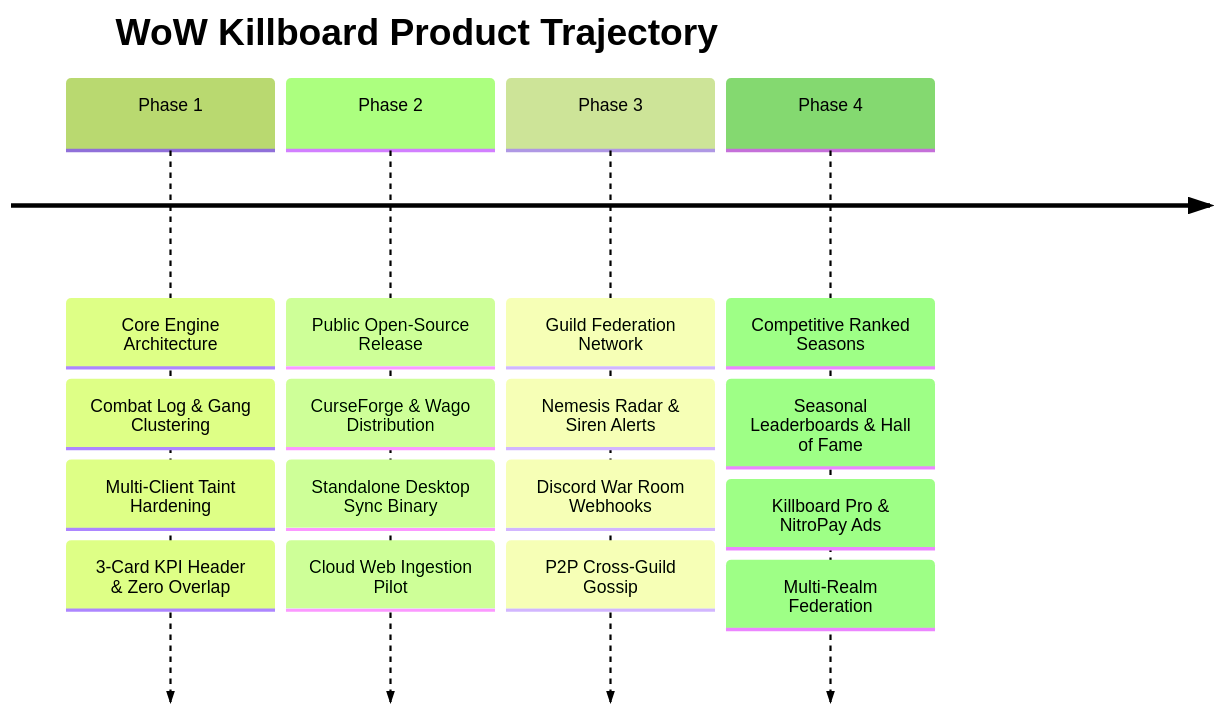
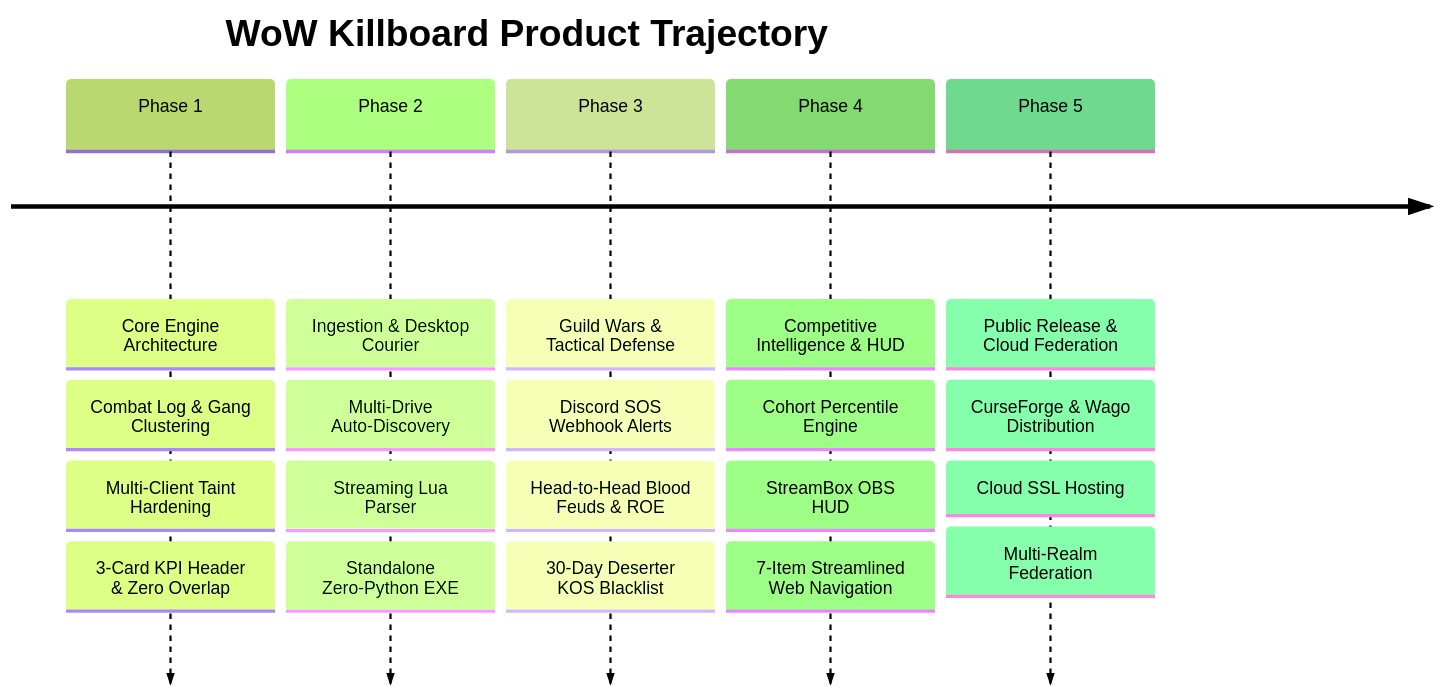
One commit to dagariane-commits/WoW_Killboard changed the diagram in docs/ROADMAP.md. Above: the diagram before and after it, drawn with Mermaid (forest theme). The commit also changed other lines of this file and 3 other files, not shown here.

Commit message:
docs: update system architecture, strategic roadmap, and wiki logs for v1.4.9

````diff
--- a/docs/ROADMAP.md
+++ b/docs/ROADMAP.md
@@ -9,8 +9,9 @@
 ```mermaid
 timeline
     title WoW Killboard Product Trajectory
     Phase 1 : Core Engine Architecture : Combat Log & Gang Clustering : Multi-Client Taint Hardening : 3-Card KPI Header & Zero Overlap
-    Phase 2 : Public Open-Source Release : CurseForge & Wago Distribution : Standalone Desktop Sync Binary : Cloud Web Ingestion Pilot
-    Phase 3 : Guild Federation Network : Nemesis Radar & Siren Alerts : Discord War Room Webhooks : P2P Cross-Guild Gossip
-    Phase 4 : Competitive Ranked Seasons : Seasonal Leaderboards & Hall of Fame : Killboard Pro & NitroPay Ads : Multi-Realm Federation
+    Phase 2 : Ingestion & Desktop Courier : Multi-Drive Auto-Discovery : Streaming Lua Parser : Standalone Zero-Python EXE
+    Phase 3 : Guild Wars & Tactical Defense : Discord SOS Webhook Alerts : Head-to-Head Blood Feuds & ROE : 30-Day Deserter KOS Blacklist
+    Phase 4 : Competitive Intelligence & HUD : Cohort Percentile Engine : StreamBox OBS HUD : 7-Item Streamlined Web Navigation
+    Phase 5 : Public Release & Cloud Federation : CurseForge & Wago Distribution : Cloud SSL Hosting : Multi-Realm Federation
 ```
````
